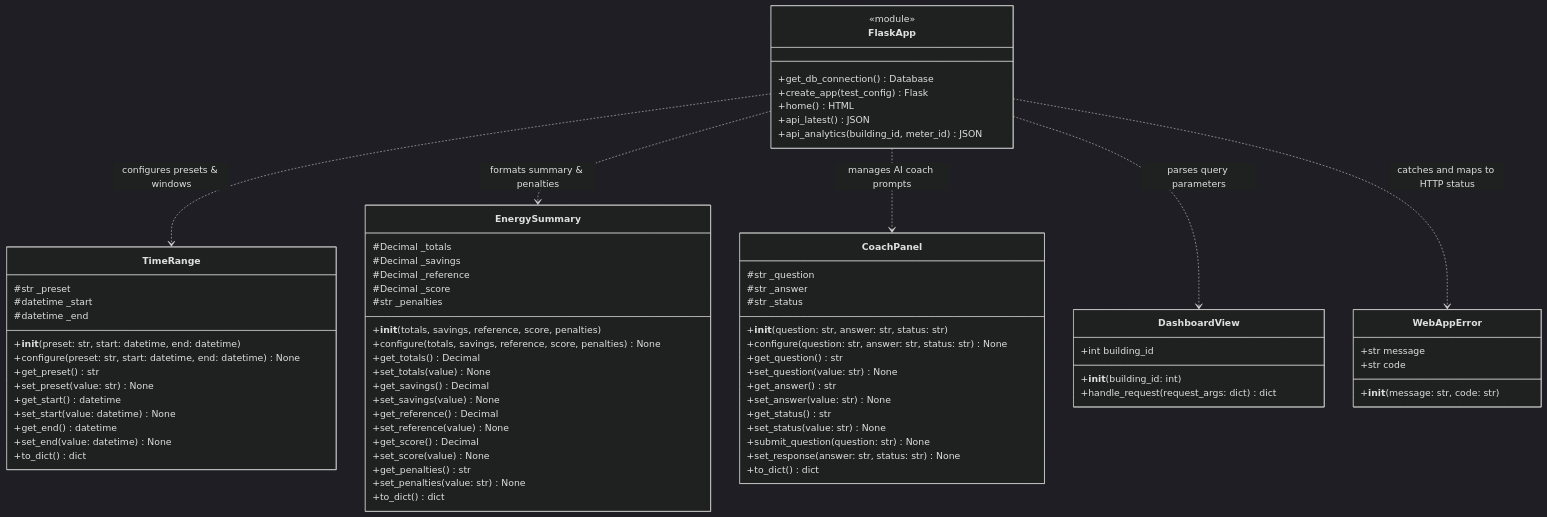
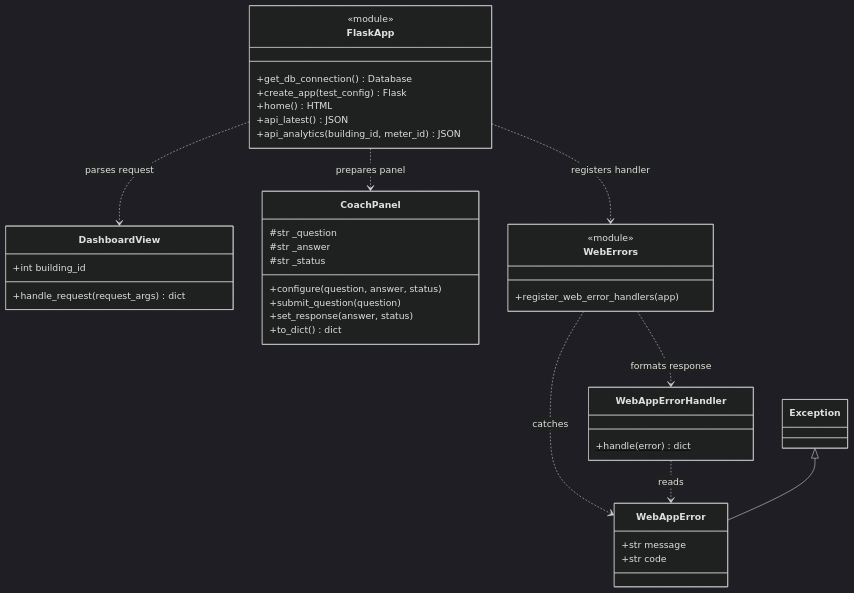
The first of 18 diagrams in README.md (danial-rafiee/Capstone-Project), drawn with Mermaid (dark theme) before and after one commit. The commit also changed other lines of this file, not shown here.

````diff
--- a/README.md
+++ b/README.md
@@ -152,82 +153,52 @@
 ```mermaid
 classDiagram
-    class TimeRange {
-        #str _preset
-        #datetime _start
-        #datetime _end
-        +__init__(preset: str, start: datetime, end: datetime)
-        +configure(preset: str, start: datetime, end: datetime) None
-        +get_preset() str
-        +set_preset(value: str) None
-        +get_start() datetime
-        +set_start(value: datetime) None
-        +get_end() datetime
-        +set_end(value: datetime) None
-        +to_dict() dict
-    }
-
-    class EnergySummary {
-        #Decimal _totals
-        #Decimal _savings
-        #Decimal _reference
-        #Decimal _score
-        #str _penalties
-        +__init__(totals, savings, reference, score, penalties)
-        +configure(totals, savings, reference, score, penalties) None
-        +get_totals() Decimal
-        +set_totals(value) None
-        +get_savings() Decimal
-        +set_savings(value) None
-        +get_reference() Decimal
-        +set_reference(value) None
-        +get_score() Decimal
-        +set_score(value) None
-        +get_penalties() str
-        +set_penalties(value: str) None
-        +to_dict() dict
-    }
-
-    class CoachPanel {
-        #str _question
-        #str _answer
-        #str _status
-        +__init__(question: str, answer: str, status: str)
-        +configure(question: str, answer: str, status: str) None
-        +get_question() str
-        +set_question(value: str) None
-        +get_answer() str
-        +set_answer(value: str) None
-        +get_status() str
-        +set_status(value: str) None
-        +submit_question(question: str) None
-        +set_response(answer: str, status: str) None
-        +to_dict() dict
-    }
-
-    class DashboardView {
-        +int building_id
-        +__init__(building_id: int)
-        +handle_request(request_args: dict) dict
-    }
-
-    class WebAppError {
-        +str message
-        +str code
-        +__init__(message: str, code: str)
-    }
+    direction TB
 
     class FlaskApp {
         <<module>>
         +get_db_connection() Database
         +create_app(test_config) Flask
         +home() HTML
         +api_latest() JSON
         +api_analytics(building_id, meter_id) JSON
     }
 
-    FlaskApp ..> TimeRange : configures presets & windows
-    FlaskApp ..> EnergySummary : formats summary & penalties
-    FlaskApp ..> CoachPanel : manages AI coach prompts
-    FlaskApp ..> DashboardView : parses query parameters
-    FlaskApp ..> WebAppError : catches and maps to HTTP status
+    class DashboardView {
+        +int building_id
+        +handle_request(request_args) dict
+    }
+
+    class CoachPanel {
+        #str _question
+        #str _answer
+        #str _status
+        +configure(question, answer, status)
+        +submit_question(question)
+        +set_response(answer, status)
+        +to_dict() dict
+    }
+
+    class WebErrors {
+        <<module>>
+        +register_web_error_handlers(app)
+    }
+
+    class WebAppError {
+        +str message
+        +str code
+    }
+
+    class WebAppErrorHandler {
+        +handle(error) dict$
+    }
+
+    class Exception
+
+    FlaskApp ..> DashboardView : parses request
+    FlaskApp ..> CoachPanel : prepares panel
+    FlaskApp ..> WebErrors : registers handler
+    WebErrors ..> WebAppError : catches
+    WebErrors ..> WebAppErrorHandler : formats response
+    WebAppErrorHandler ..> WebAppError : reads
+    Exception <|-- WebAppError
 ```
````
